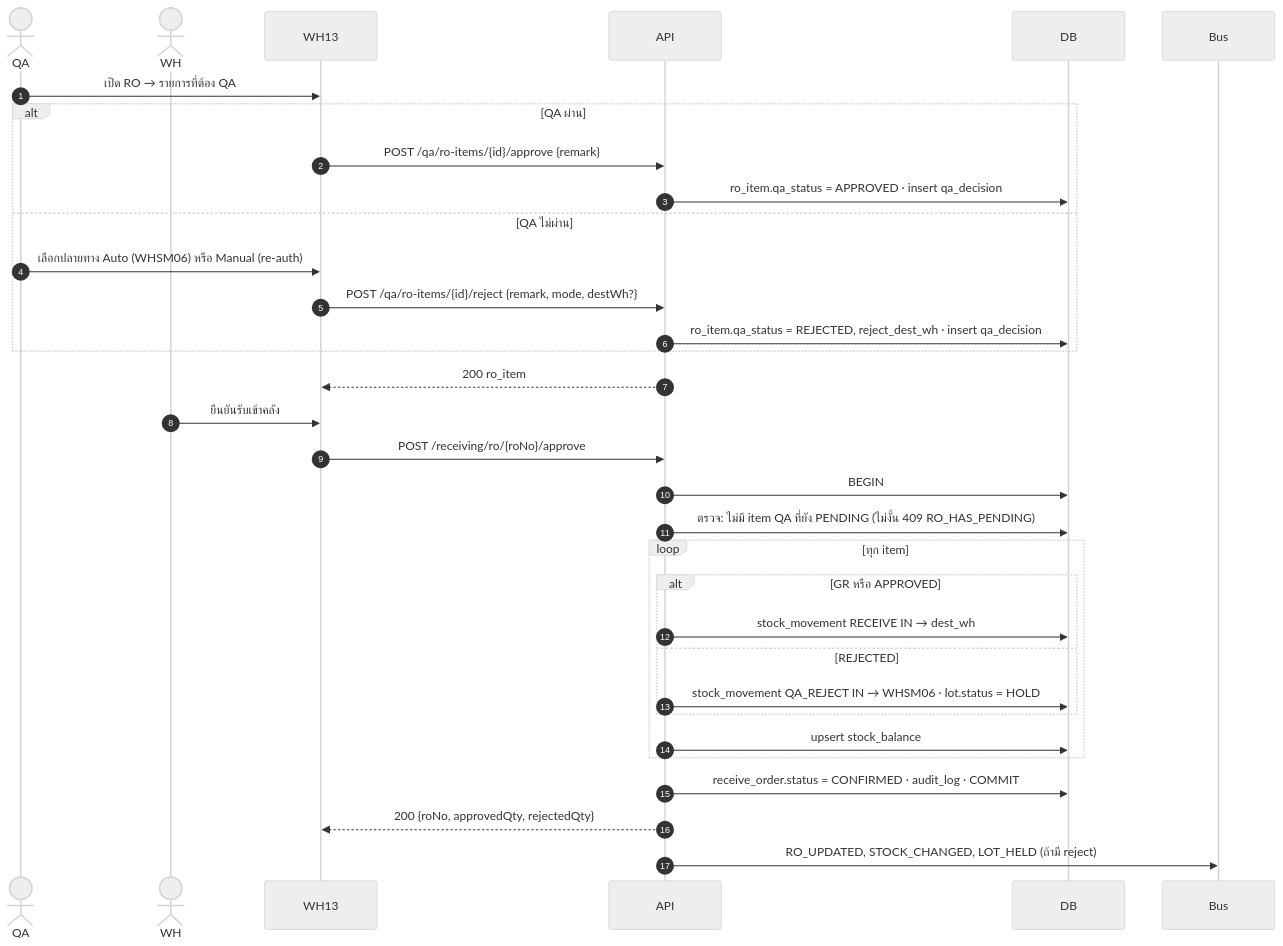
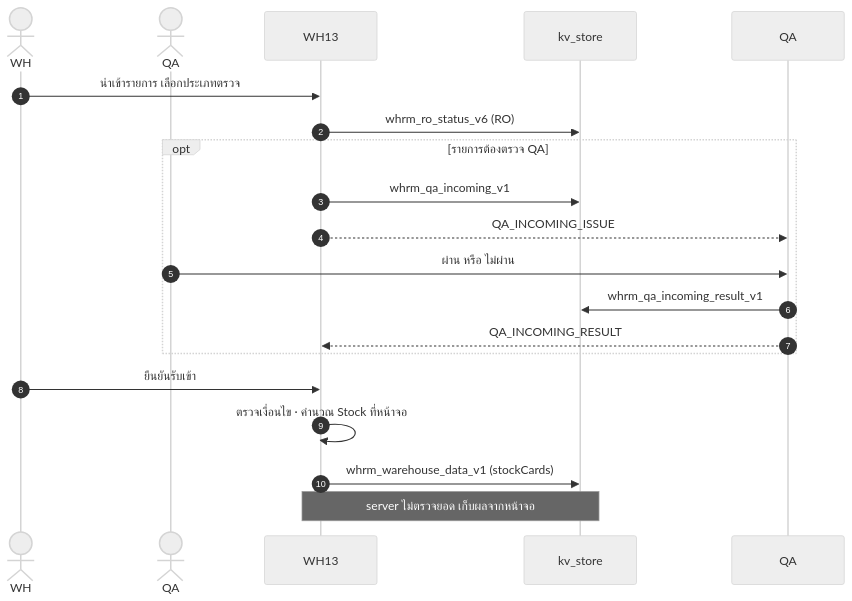
The sixth of 14 diagrams in docs/01-sequence-diagrams.md (Aum2010/WHSM-1791103979), drawn with Mermaid (neutral theme) before and after one commit. The commit also changed other lines of this file and 3 other files, not shown here.

Commit message:
Docs: update sequence diagrams to current system; record customer decisions

````diff
--- a/docs/01-sequence-diagrams.md
+++ b/docs/01-sequence-diagrams.md
@@ -201,36 +200,23 @@
 ```mermaid
 sequenceDiagram
     autonumber
-    actor QA
     actor WH
+    actor QAUser as QA
     participant WH13
-    participant API
-    participant DB
-    participant Bus
+    participant KV as kv_store
+    participant QA
 
-    QA->>WH13: เปิด RO → รายการที่ต้อง QA
-    alt QA ผ่าน
-        WH13->>API: POST /qa/ro-items/{id}/approve {remark}
-        API->>DB: ro_item.qa_status = APPROVED · insert qa_decision
-    else QA ไม่ผ่าน
-        QA->>WH13: เลือกปลายทาง Auto (WHSM06) หรือ Manual (re-auth)
-        WH13->>API: POST /qa/ro-items/{id}/reject {remark, mode, destWh?}
-        API->>DB: ro_item.qa_status = REJECTED, reject_dest_wh · insert qa_decision
+    WH->>WH13: นำเข้ารายการ เลือกประเภทตรวจ
+    WH13->>KV: whrm_ro_status_v6 (RO)
+    opt รายการต้องตรวจ QA
+        WH13->>KV: whrm_qa_incoming_v1
+        WH13-->>QA: QA_INCOMING_ISSUE
+        QAUser->>QA: ผ่าน หรือ ไม่ผ่าน
+        QA->>KV: whrm_qa_incoming_result_v1
+        QA-->>WH13: QA_INCOMING_RESULT
     end
-    API-->>WH13: 200 ro_item
-    WH->>WH13: ยืนยันรับเข้าคลัง
-    WH13->>API: POST /receiving/ro/{roNo}/approve
-    API->>DB: BEGIN
-    API->>DB: ตรวจ: ไม่มี item QA ที่ยัง PENDING (ไม่งั้น 409 RO_HAS_PENDING)
-    loop ทุก item
-        alt GR หรือ APPROVED
-            API->>DB: stock_movement RECEIVE IN → dest_wh
-        else REJECTED
-            API->>DB: stock_movement QA_REJECT IN → WHSM06 · lot.status = HOLD
-        end
-        API->>DB: upsert stock_balance
-    end
-    API->>DB: receive_order.status = CONFIRMED · audit_log · COMMIT
-    API-->>WH13: 200 {roNo, approvedQty, rejectedQty}
-    API->>Bus: RO_UPDATED, STOCK_CHANGED, LOT_HELD (ถ้ามี reject)
+    WH->>WH13: ยืนยันรับเข้า
+    WH13->>WH13: ตรวจเงื่อนไข · คำนวณ Stock ที่หน้าจอ
+    WH13->>KV: whrm_warehouse_data_v1 (stockCards)
+    Note over WH13,KV: server ไม่ตรวจยอด เก็บผลจากหน้าจอ
 ```
````
